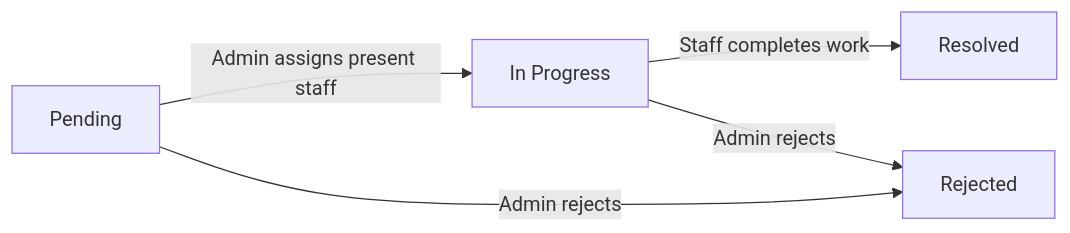
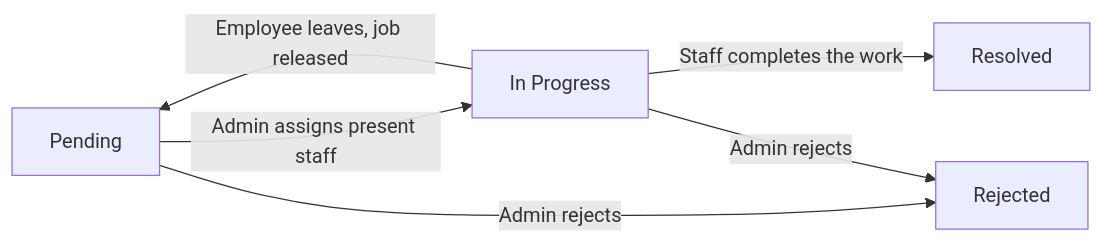
One commit to drajj-0011/Smart-campus-maintenance-system01 changed the third of 5 diagrams in Architecture&FlowDiagram.md. Above: the diagram before and after it, drawn with Mermaid. The commit also changed other lines of this file, not shown here.

````diff
--- a/Architecture&FlowDiagram.md
+++ b/Architecture&FlowDiagram.md
@@ -125,7 +130,8 @@
 ```mermaid
 flowchart LR
     P["Pending"] -->|"Admin assigns present staff"| I["In Progress"]
-    I -->|"Staff completes work"| R["Resolved"]
+    I -->|"Staff completes the work"| R["Resolved"]
     P -->|"Admin rejects"| X["Rejected"]
     I -->|"Admin rejects"| X
+    I -->|"Employee leaves, job released"| P
 ```
````
